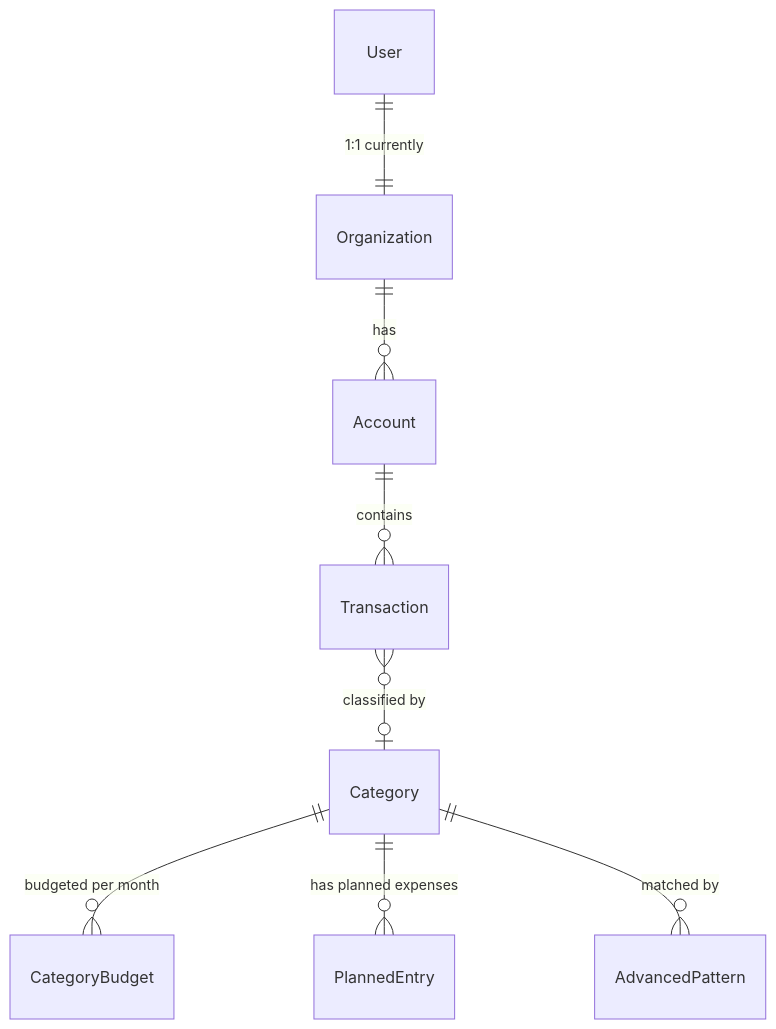
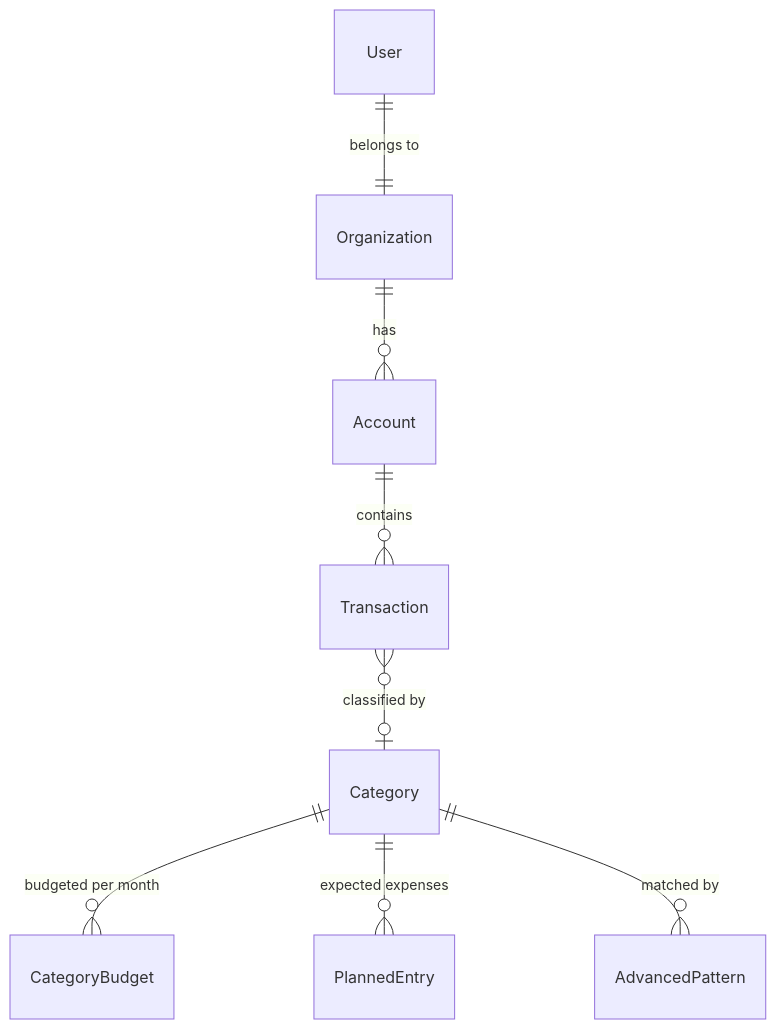
The third of 5 diagrams in docs/architecture.md (lucastamoios/celeiro), drawn with Mermaid before and after one commit. The commit also changed other lines of this file and 36 other files, not shown here.

````diff
--- a/docs/architecture.md
+++ b/docs/architecture.md
@@ -77,10 +57,10 @@
 ```mermaid
 erDiagram
-    User ||--|| Organization : "1:1 currently"
+    User ||--|| Organization : "belongs to"
     Organization ||--o{ Account : has
     Account ||--o{ Transaction : contains
     Transaction }o--o| Category : "classified by"
     Category ||--o{ CategoryBudget : "budgeted per month"
-    Category ||--o{ PlannedEntry : "has planned expenses"
+    Category ||--o{ PlannedEntry : "expected expenses"
     Category ||--o{ AdvancedPattern : "matched by"
 ```
````
